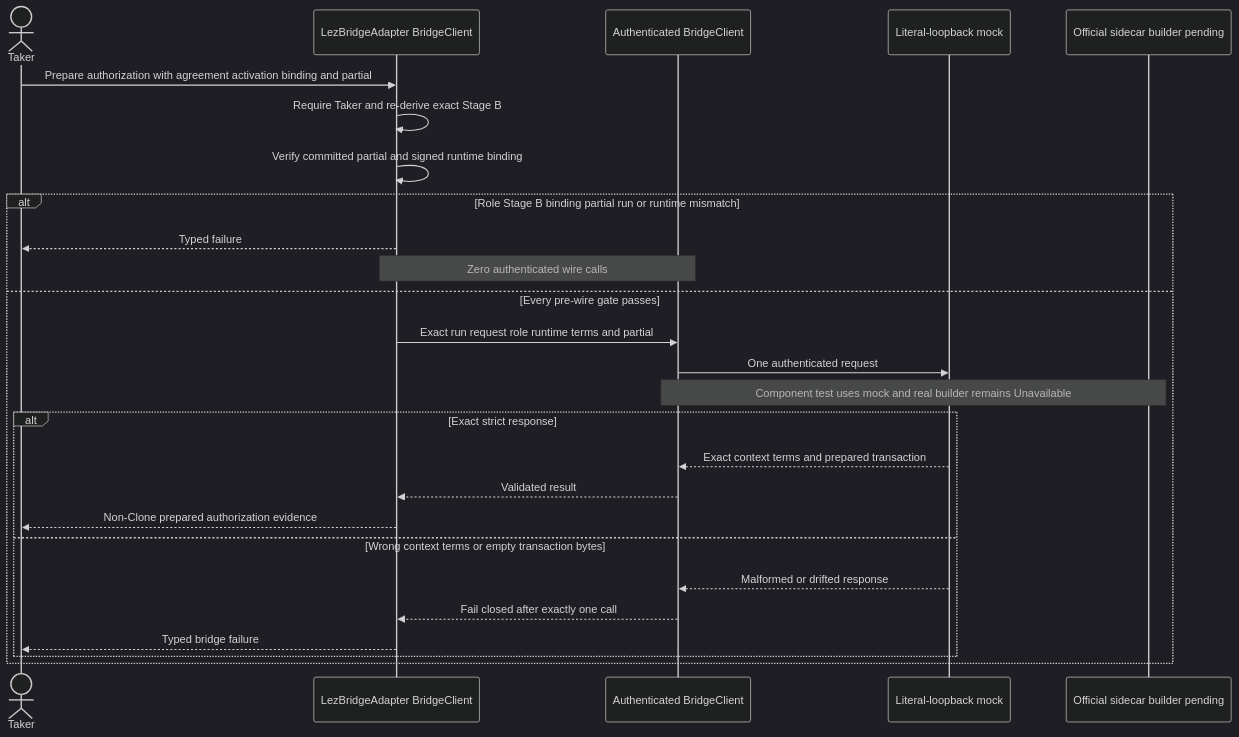
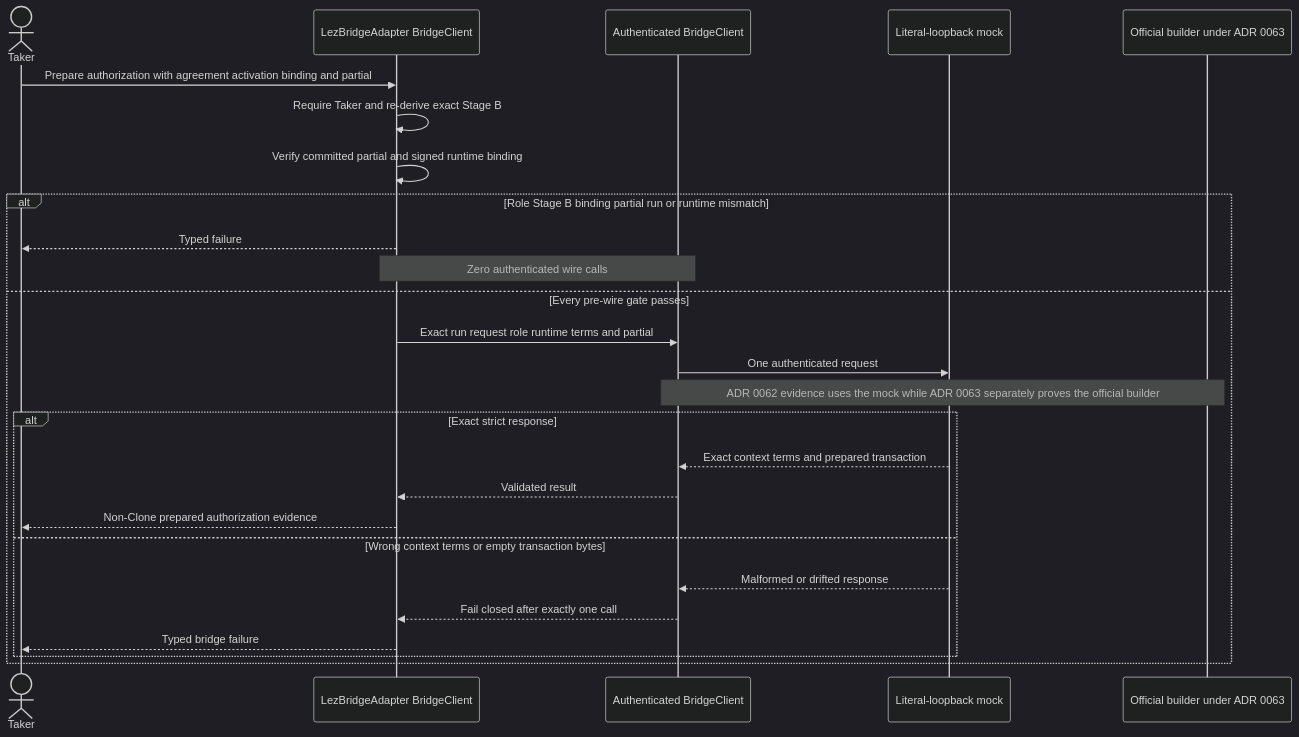
Before and after one commit to gateway-fm/lez-atomic-swaps: the second of 2 diagrams in docs/architecture/0062-mint-stage-b-claim-authorization-through-authenticated-client.md, drawn with Mermaid (dark theme). The commit also changed other lines of this file and 9 other files, not shown here.

````diff
--- a/docs/architecture/0062-mint-stage-b-claim-authorization-through-authenticated-client.md
+++ b/docs/architecture/0062-mint-stage-b-claim-authorization-through-authenticated-client.md
@@ -63,29 +65,29 @@
 ```mermaid
 sequenceDiagram
     actor Taker
     participant Adapter as LezBridgeAdapter BridgeClient
     participant Client as Authenticated BridgeClient
     participant Mock as Literal-loopback mock
-    participant Sidecar as Official sidecar builder pending
+    participant Sidecar as Official builder under ADR 0063
 
     Taker->>Adapter: Prepare authorization with agreement activation binding and partial
     Adapter->>Adapter: Require Taker and re-derive exact Stage B
     Adapter->>Adapter: Verify committed partial and signed runtime binding
     alt Role Stage B binding partial run or runtime mismatch
         Adapter-->>Taker: Typed failure
         Note over Adapter,Client: Zero authenticated wire calls
     else Every pre-wire gate passes
         Adapter->>Client: Exact run request role runtime terms and partial
         Client->>Mock: One authenticated request
-        Note over Client,Sidecar: Component test uses mock and real builder remains Unavailable
+        Note over Client,Sidecar: ADR 0062 evidence uses the mock while ADR 0063 separately proves the official builder
         alt Exact strict response
             Mock-->>Client: Exact context terms and prepared transaction
             Client-->>Adapter: Validated result
             Adapter-->>Taker: Non-Clone prepared authorization evidence
         else Wrong context terms or empty transaction bytes
             Mock-->>Client: Malformed or drifted response
             Client-->>Adapter: Fail closed after exactly one call
             Adapter-->>Taker: Typed bridge failure
         end
     end
 ```
````
